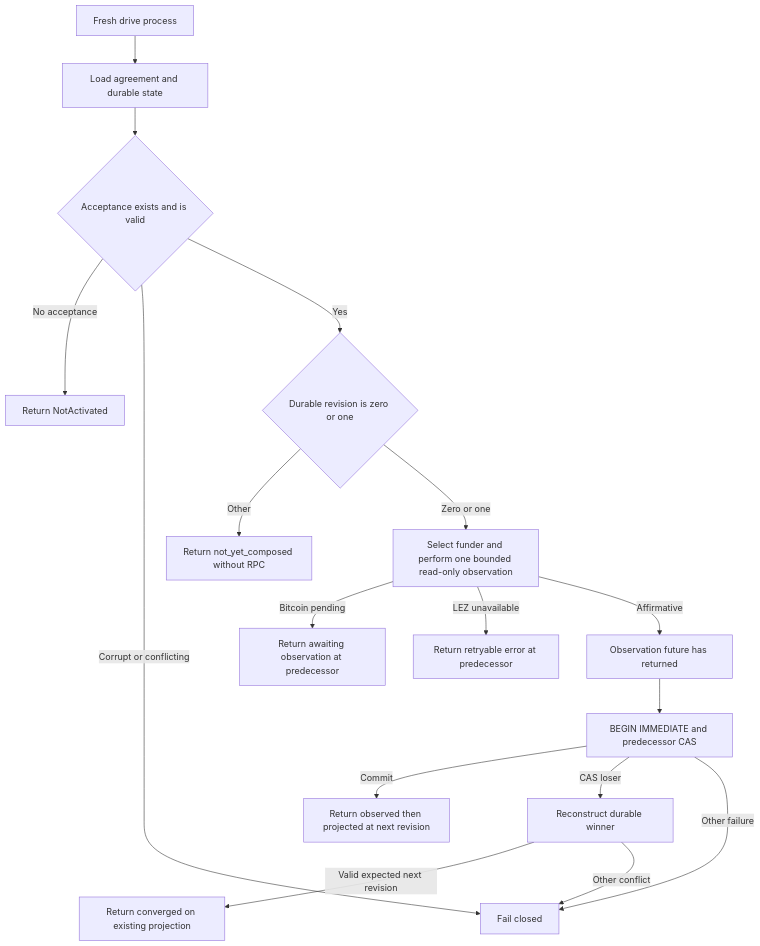
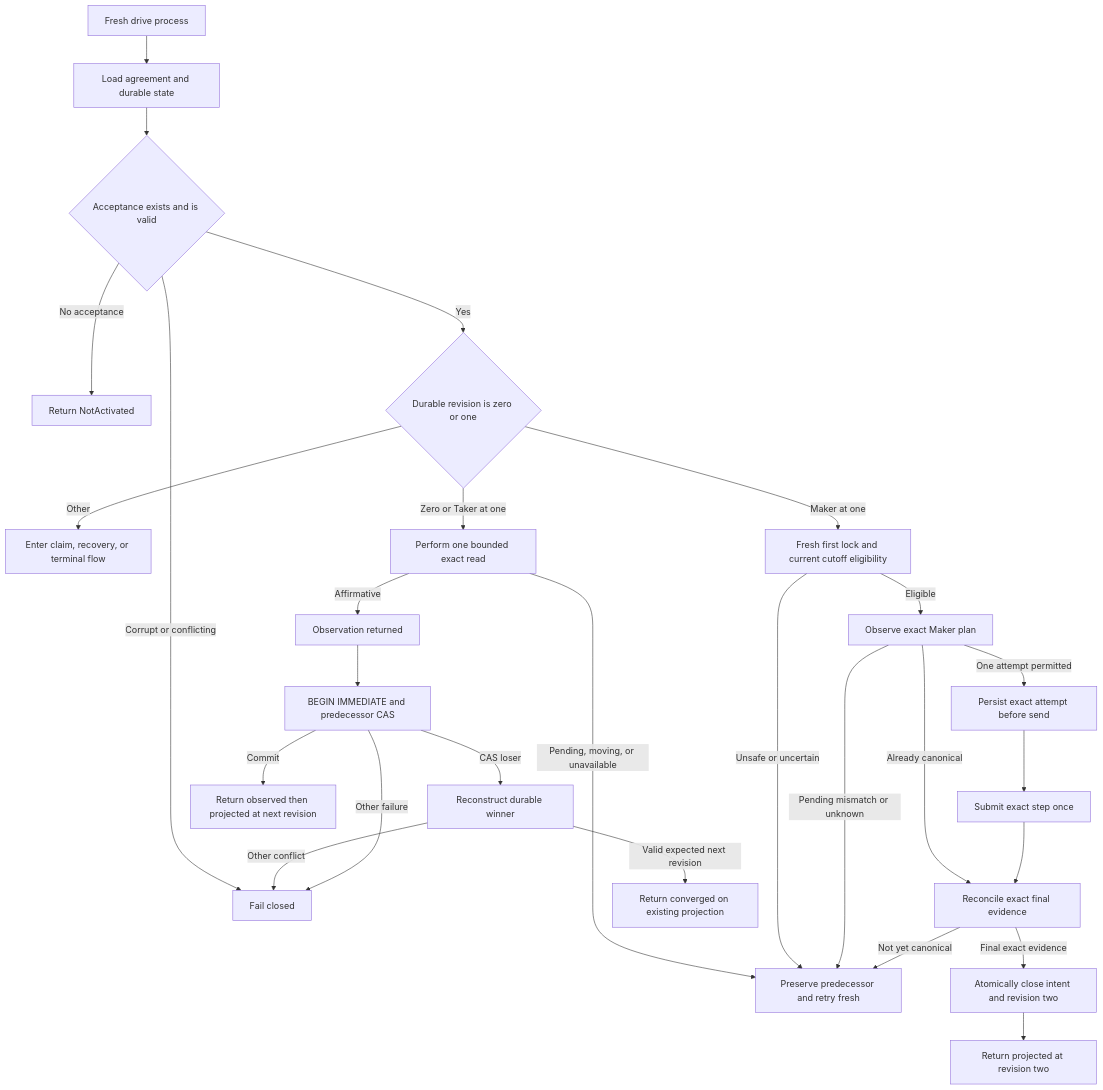
The second of 2 diagrams in docs/architecture/0031-one-shot-btc-actor-observe-before-project.md (gateway-fm/lez-atomic-swaps), drawn with Mermaid before and after one commit. The commit also changed other lines of this file and 5 other files, not shown here.

Commit message:
docs: reconcile M3 schema4 architecture decisions

````diff
--- a/docs/architecture/0031-one-shot-btc-actor-observe-before-project.md
+++ b/docs/architecture/0031-one-shot-btc-actor-observe-before-project.md
@@ -167,19 +196,29 @@
 ```mermaid
 flowchart TD
     Start["Fresh drive process"] --> Load["Load agreement and durable state"]
     Load --> Accepted{"Acceptance exists and is valid"}
     Accepted -->|No acceptance| NotActivated["Return NotActivated"]
     Accepted -->|Corrupt or conflicting| Closed["Fail closed"]
     Accepted -->|Yes| Revision{"Durable revision is zero or one"}
-    Revision -->|Other| Later["Return not_yet_composed without RPC"]
-    Revision -->|Zero or one| Observe["Select funder and perform one bounded read-only observation"]
-    Observe -->|Bitcoin pending| Pending["Return awaiting observation at predecessor"]
-    Observe -->|LEZ unavailable| Retry["Return retryable error at predecessor"]
-    Observe -->|Affirmative| Returned["Observation future has returned"]
+    Revision -->|Other| Later["Enter claim, recovery, or terminal flow"]
+    Revision -->|Zero or Taker at one| Observe["Perform one bounded exact read"]
+    Observe -->|Pending, moving, or unavailable| Retry["Preserve predecessor and retry fresh"]
+    Observe -->|Affirmative| Returned["Observation returned"]
     Returned --> Project["BEGIN IMMEDIATE and predecessor CAS"]
+    Revision -->|Maker at one| Eligible["Fresh first lock and current cutoff eligibility"]
+    Eligible -->|Unsafe or uncertain| Retry
+    Eligible -->|Eligible| Exact["Observe exact Maker plan"]
+    Exact -->|Already canonical| Reconcile["Reconcile exact final evidence"]
+    Exact -->|One attempt permitted| Journal["Persist exact attempt before send"]
+    Exact -->|Pending mismatch or unknown| Retry
+    Journal --> Send["Submit exact step once"]
+    Send --> Reconcile
+    Reconcile -->|Not yet canonical| Retry
+    Reconcile -->|Final exact evidence| Close["Atomically close intent and revision two"]
+    Close --> MakerDone["Return projected at revision two"]
     Project -->|Commit| One["Return observed then projected at next revision"]
     Project -->|CAS loser| Inspect["Reconstruct durable winner"]
     Inspect -->|Valid expected next revision| Converged["Return converged on existing projection"]
     Inspect -->|Other conflict| Closed["Fail closed"]
     Project -->|Other failure| Closed
 ```
````
